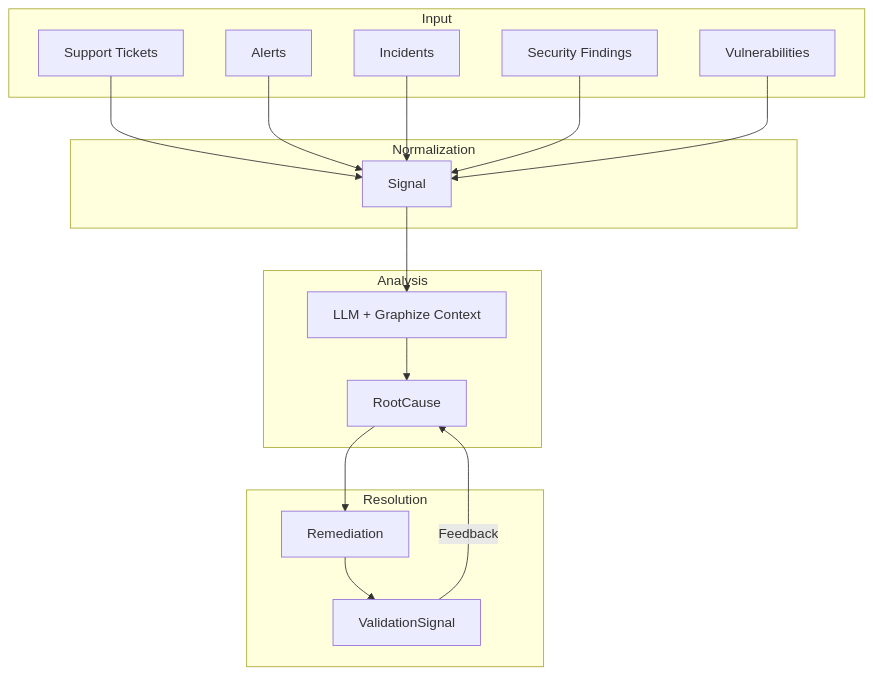
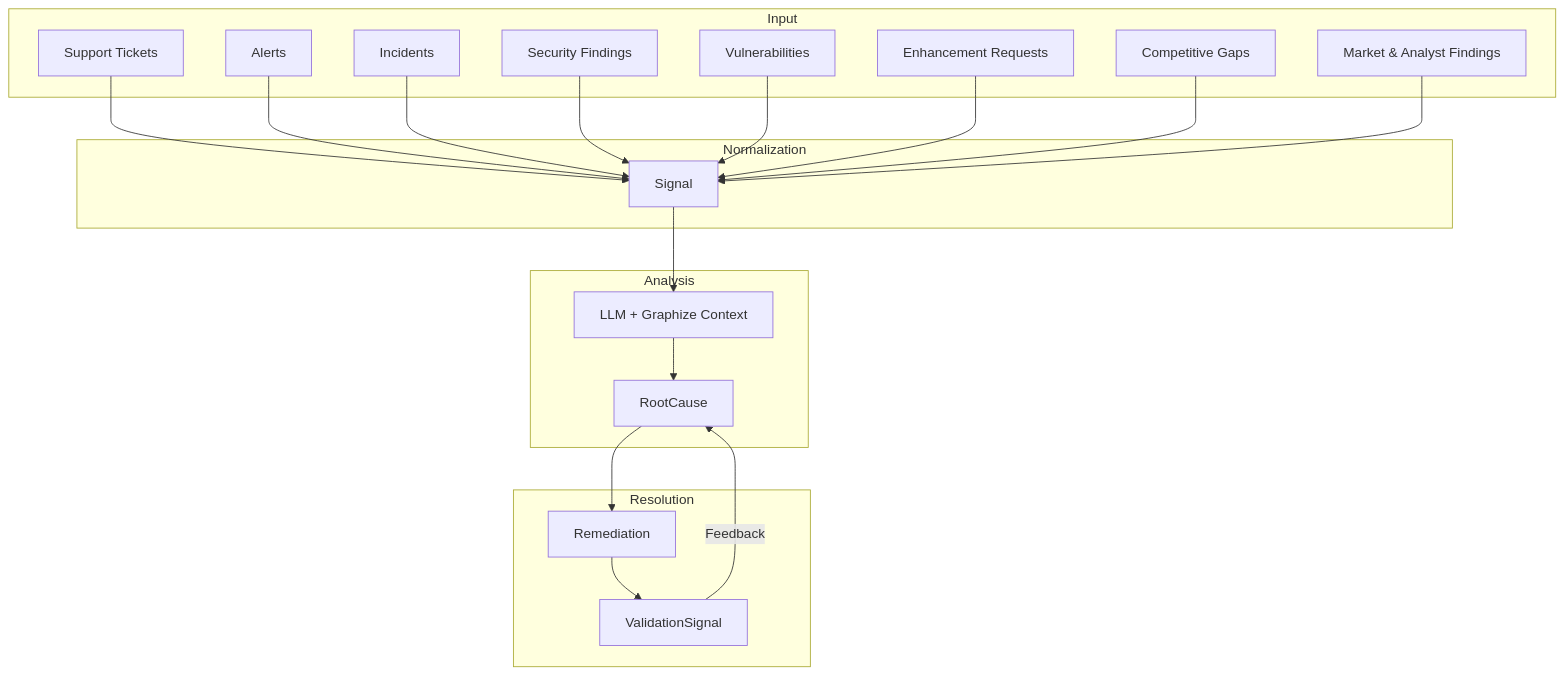
Before and after one commit to plexusone/signal-spec: the first of 2 diagrams in docs/concepts/overview.md, drawn with Mermaid. The commit also changed other lines of this file, not shown here.

````diff
--- a/docs/concepts/overview.md
+++ b/docs/concepts/overview.md
@@ -57,36 +86,42 @@
 ```mermaid
 flowchart TD
     subgraph Input
         T[Support Tickets]
         A[Alerts]
         I[Incidents]
         S[Security Findings]
         V[Vulnerabilities]
+        E[Enhancement Requests]
+        C[Competitive Gaps]
+        M[Market & Analyst Findings]
     end
 
     subgraph Normalization
         SIG[Signal]
     end
 
     subgraph Analysis
         RC[RootCause]
         LLM[LLM + Graphize Context]
     end
 
     subgraph Resolution
         REM[Remediation]
         VAL[ValidationSignal]
     end
 
     T --> SIG
     A --> SIG
     I --> SIG
     S --> SIG
     V --> SIG
+    E --> SIG
+    C --> SIG
+    M --> SIG
 
     SIG --> LLM
     LLM --> RC
     RC --> REM
     REM --> VAL
     VAL -->|Feedback| RC
 ```
````
